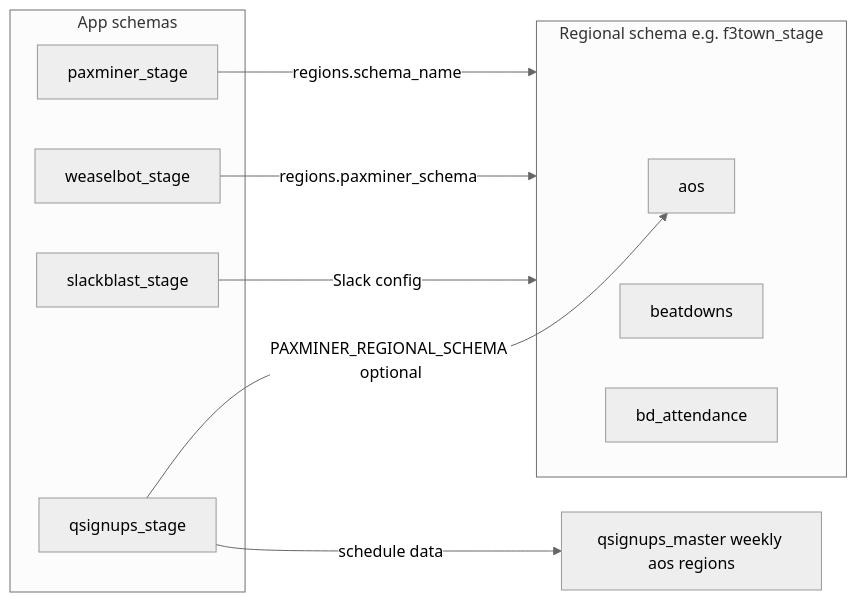
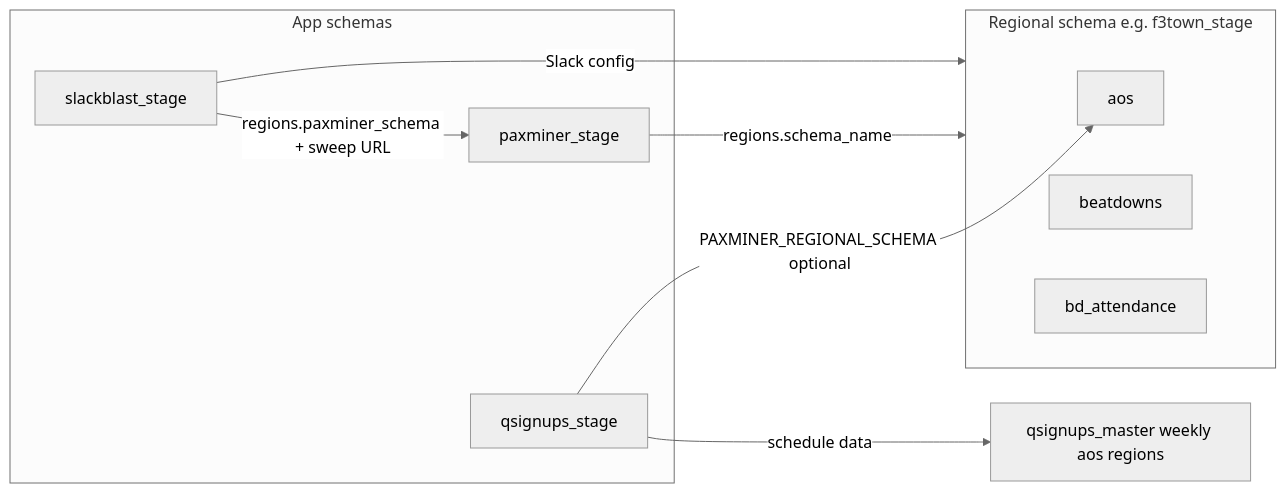
Before and after one commit to f3-tulsa/slack-stack: the diagram in docs/ARCHITECTURE.md, drawn with Mermaid (neutral theme). The commit also changed other lines of this file and 40 other files, not shown here.

````diff
--- a/docs/ARCHITECTURE.md
+++ b/docs/ARCHITECTURE.md
@@ -30,19 +29,18 @@
 ```mermaid
 flowchart LR
   subgraph app_schemas [App schemas]
     PM[paxminer_stage]
-    WB[weaselbot_stage]
     SB[slackblast_stage]
     QS[qsignups_stage]
   end
   subgraph regional [Regional schema e.g. f3town_stage]
     AOS[aos]
     BD[beatdowns]
     ATT[bd_attendance]
   end
   PM -->|regions.schema_name| regional
-  WB -->|regions.paxminer_schema| regional
+  SB -->|regions.paxminer_schema + sweep URL| PM
   SB -->|Slack config| regional
   QS -->|PAXMINER_REGIONAL_SCHEMA optional| AOS
   QS -->|schedule data| QSMASTER[qsignups_master weekly aos regions]
 ```
````
